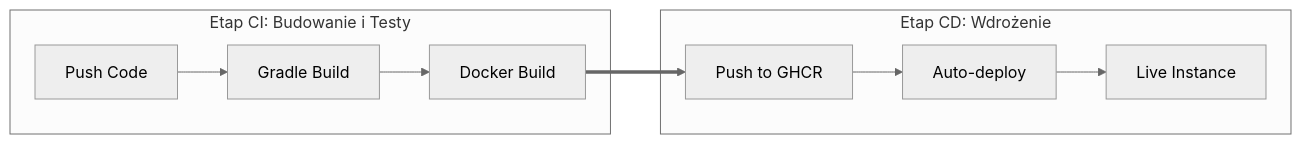
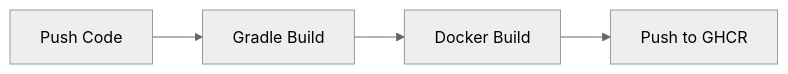
The second of 4 diagrams in README.md (Widlakolak/poetry-stream), drawn with Mermaid (neutral theme) before and after one commit. The commit also changed other lines of this file and 7 other files, not shown here.

````diff
--- a/README.md
+++ b/README.md
@@ -77,14 +107,6 @@
 ```mermaid
 graph LR
-    subgraph Etap_CI [Etap CI: Budowanie i Testy]
-        Code[Push Code] --> Test[Gradle Build]
-        Test --> Docker[Docker Build]
-    end
-
-    subgraph Etap_CD [Etap CD: Wdrożenie]
-        GHCR[Push to GHCR] --> Deploy[Auto-deploy]
-        Deploy --> Live[Live Instance]
-    end
-
-    Docker ==> GHCR
+    Code[Push Code] --> Build[Gradle Build]
+    Build --> Docker[Docker Build]
+    Docker --> GHCR[Push to GHCR]
 ```
````
